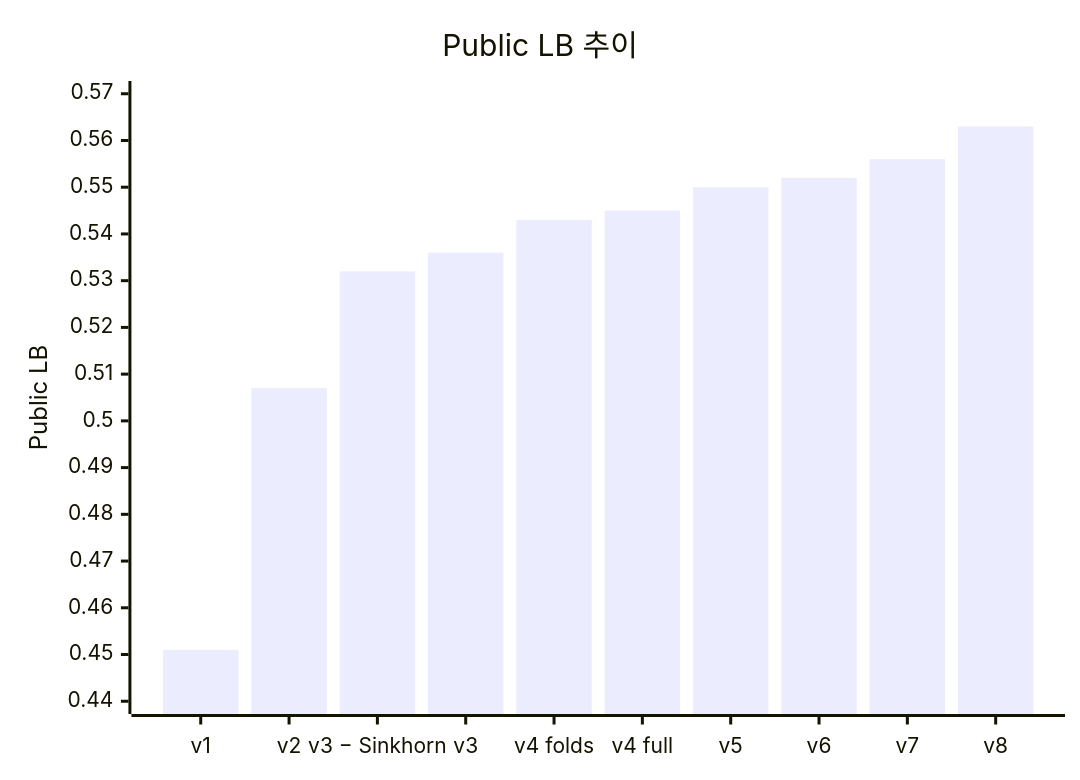
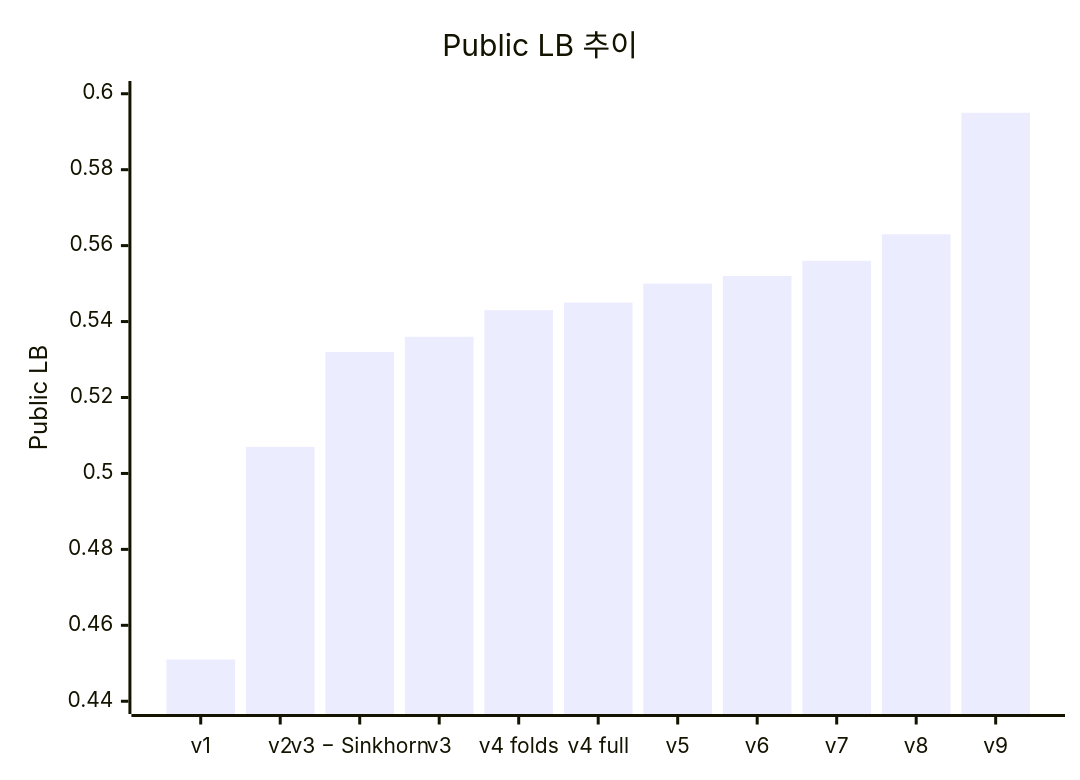
One commit to Lee-Jungwoo/name-that-llm changed the first of 2 diagrams in EXPERIMENTS.md. Above: the diagram before and after it, drawn with Mermaid. The commit also changed other lines of this file and 8 other files, not shown here.

````diff
--- a/EXPERIMENTS.md
+++ b/EXPERIMENTS.md
@@ -25,7 +26,7 @@
 ```mermaid
 xychart-beta
     title "Public LB 추이"
-    x-axis ["v1", "v2", "v3 − Sinkhorn", "v3", "v4 folds", "v4 full", "v5", "v6", "v7", "v8"]
-    y-axis "Public LB" 0.44 --> 0.57
-    bar [0.451, 0.507, 0.532, 0.536, 0.543, 0.545, 0.550, 0.552, 0.556, 0.563]
+    x-axis ["v1", "v2", "v3 − Sinkhorn", "v3", "v4 folds", "v4 full", "v5", "v6", "v7", "v8", "v9"]
+    y-axis "Public LB" 0.44 --> 0.60
+    bar [0.451, 0.507, 0.532, 0.536, 0.543, 0.545, 0.550, 0.552, 0.556, 0.563, 0.595]
 ```
````
